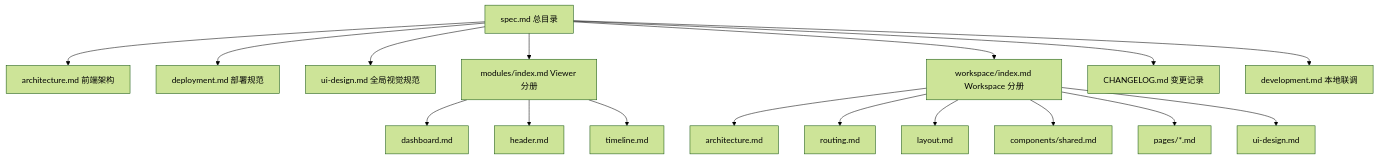
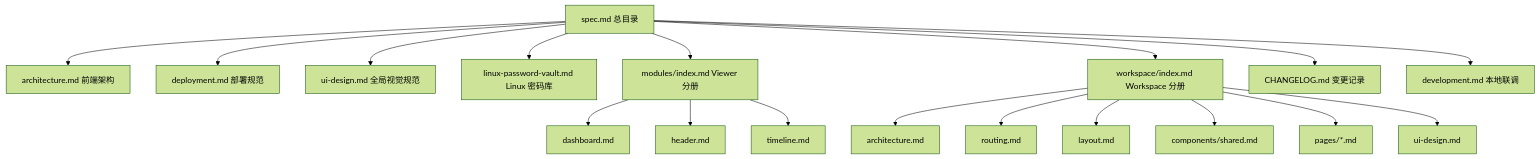
One commit to yachi666/support-roster-ui changed the diagram in .specs/spec.md. Above: the diagram before and after it, drawn with Mermaid (forest theme). The commit also changed other lines of this file and 26 other files, not shown here.

````diff
--- a/.specs/spec.md
+++ b/.specs/spec.md
@@ -31,29 +32,31 @@
 ```mermaid
 graph TB
     ROOT[spec.md 总目录]
     ARCH[architecture.md 前端架构]
     DEPLOY[deployment.md 部署规范]
     UIDESIGN[ui-design.md 全局视觉规范]
+    LINUXPW[linux-password-vault.md Linux 密码库]
     MODULES[modules/index.md Viewer 分册]
     WORKSPACE[workspace/index.md Workspace 分册]
     CHANGELOG[CHANGELOG.md 变更记录]
 
     ROOT --> ARCH
     ROOT --> DEV[development.md 本地联调]
     ROOT --> DEPLOY
     ROOT --> UIDESIGN
+    ROOT --> LINUXPW
     ROOT --> MODULES
     ROOT --> WORKSPACE
     ROOT --> CHANGELOG
 
     MODULES --> M1[dashboard.md]
     MODULES --> M2[header.md]
     MODULES --> M3[timeline.md]
 
     WORKSPACE --> W1[architecture.md]
     WORKSPACE --> W2[routing.md]
     WORKSPACE --> W3[layout.md]
     WORKSPACE --> W4[components/shared.md]
     WORKSPACE --> W5[pages/*.md]
     WORKSPACE --> W6[ui-design.md]
 ```
````
